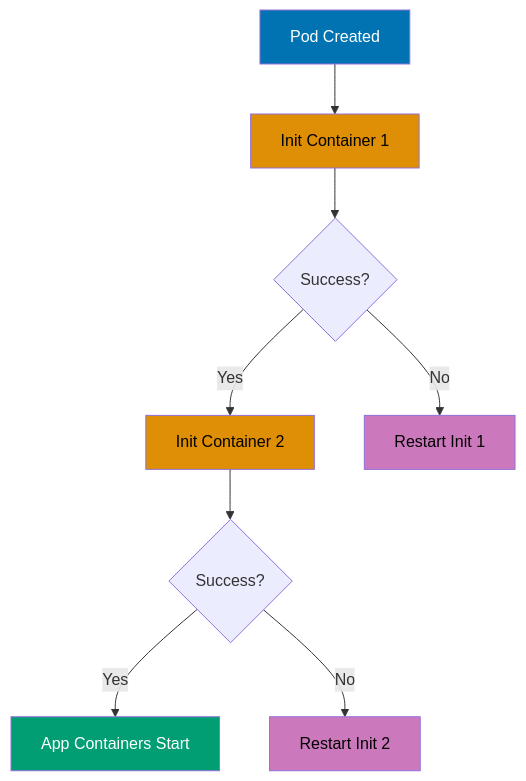
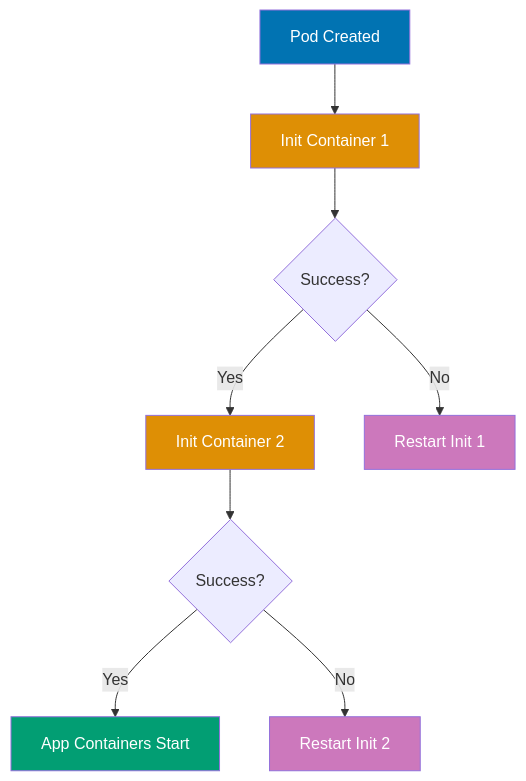
The third of 9 diagrams in apps/ayokoding-web/content/en/learn/software-engineering/infrastructure/tools/kubernetes/by-example/beginner.md (wahidyankf/open-sharia-enterprise), drawn with Mermaid before and after one commit. The commit also changed other lines of this file and 61 other files, not shown here.

First line of the commit message:
fix(ayokoding-web): quote Mermaid node labels with special characters in Example 63

````diff
--- a/apps/ayokoding-web/content/en/learn/software-engineering/infrastructure/tools/kubernetes/by-example/beginner.md
+++ b/apps/ayokoding-web/content/en/learn/software-engineering/infrastructure/tools/kubernetes/by-example/beginner.md
@@ -371,18 +371,18 @@
 ```mermaid
 %% Init container execution flow
 graph TD
     A[Pod Created] --> B[Init Container 1]
     B --> C{Success?}
     C -->|Yes| D[Init Container 2]
     C -->|No| E[Restart Init 1]
     D --> F{Success?}
     F -->|Yes| G[App Containers Start]
     F -->|No| H[Restart Init 2]
 
     style A fill:#0173B2,color:#fff
-    style B fill:#DE8F05,color:#000
-    style D fill:#DE8F05,color:#000
+    style B fill:#DE8F05,color:#fff
+    style D fill:#DE8F05,color:#fff
     style G fill:#029E73,color:#fff
-    style E fill:#CC78BC,color:#000
-    style H fill:#CC78BC,color:#000
+    style E fill:#CC78BC,color:#fff
+    style H fill:#CC78BC,color:#fff
 ```
````
